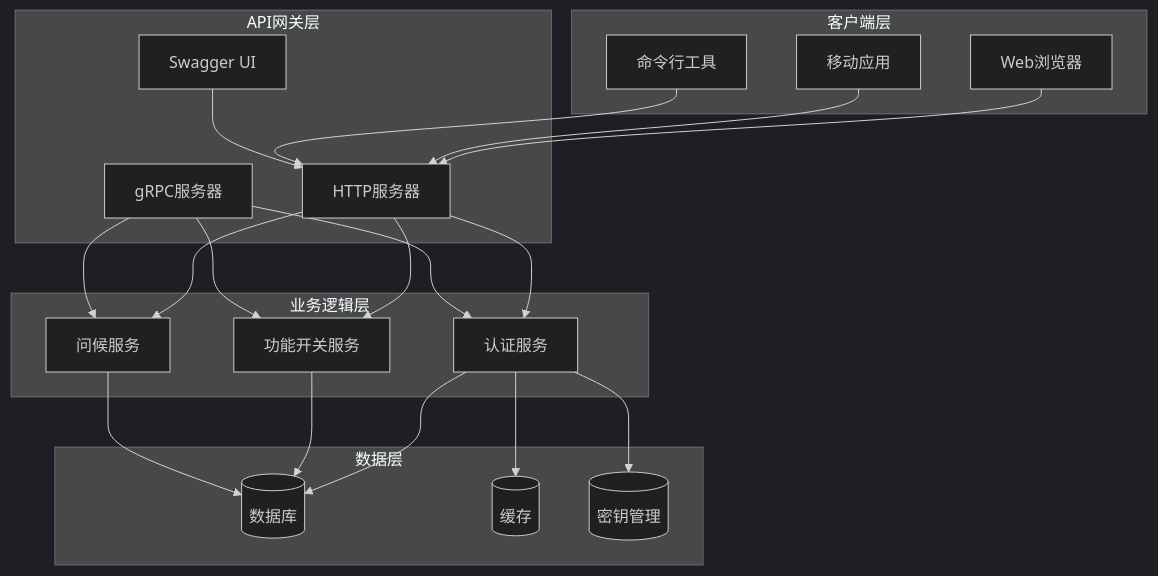
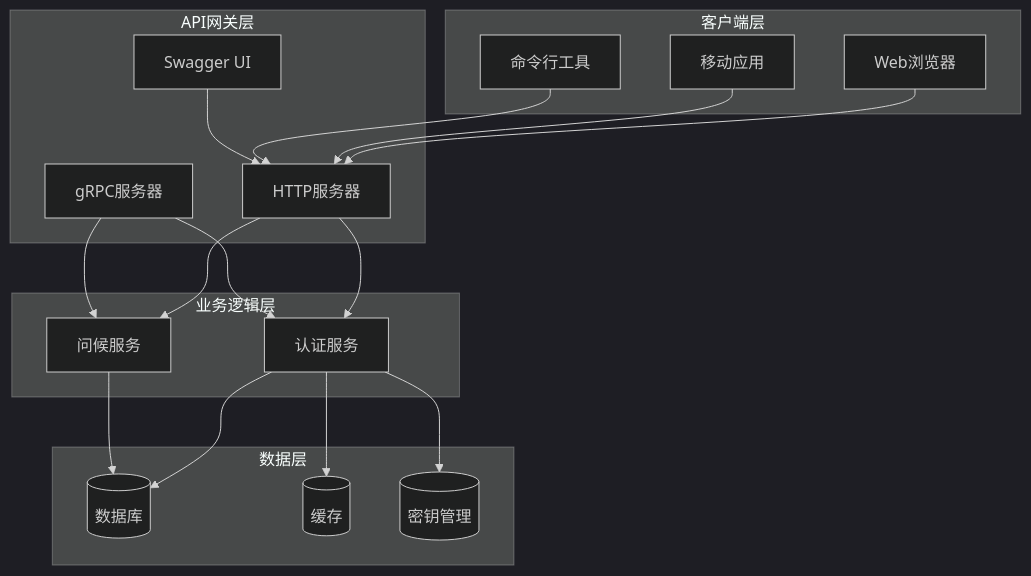
One commit to 26huitailang/kratos-boilerplate changed the first of 4 diagrams in .qoder/repowiki/zh/content/API接口参考/API接口参考.md. Above: the diagram before and after it, drawn with Mermaid (dark theme). The commit also changed other lines of this file and 14 other files, not shown here.

````diff
--- a/.qoder/repowiki/zh/content/API接口参考/API接口参考.md
+++ b/.qoder/repowiki/zh/content/API接口参考/API接口参考.md
@@ -42,38 +40,34 @@
 ```mermaid
 graph TB
 subgraph "客户端层"
 Web[Web浏览器]
 Mobile[移动应用]
 CLI[命令行工具]
 end
 subgraph "API网关层"
 HTTP[HTTP服务器]
 GRPC[gRPC服务器]
 Swagger[Swagger UI]
 end
 subgraph "业务逻辑层"
 AuthService[认证服务]
-FeatureService[功能开关服务]
 GreeterService[问候服务]
 end
 subgraph "数据层"
 Database[(数据库)]
 Cache[(缓存)]
 KMS[(密钥管理)]
 end
 Web --> HTTP
 Mobile --> HTTP
 CLI --> HTTP
 HTTP --> AuthService
-HTTP --> FeatureService
 HTTP --> GreeterService
 GRPC --> AuthService
-GRPC --> FeatureService
 GRPC --> GreeterService
 AuthService --> Database
 AuthService --> Cache
 AuthService --> KMS
-FeatureService --> Database
 GreeterService --> Database
 Swagger --> HTTP
 ```
````
